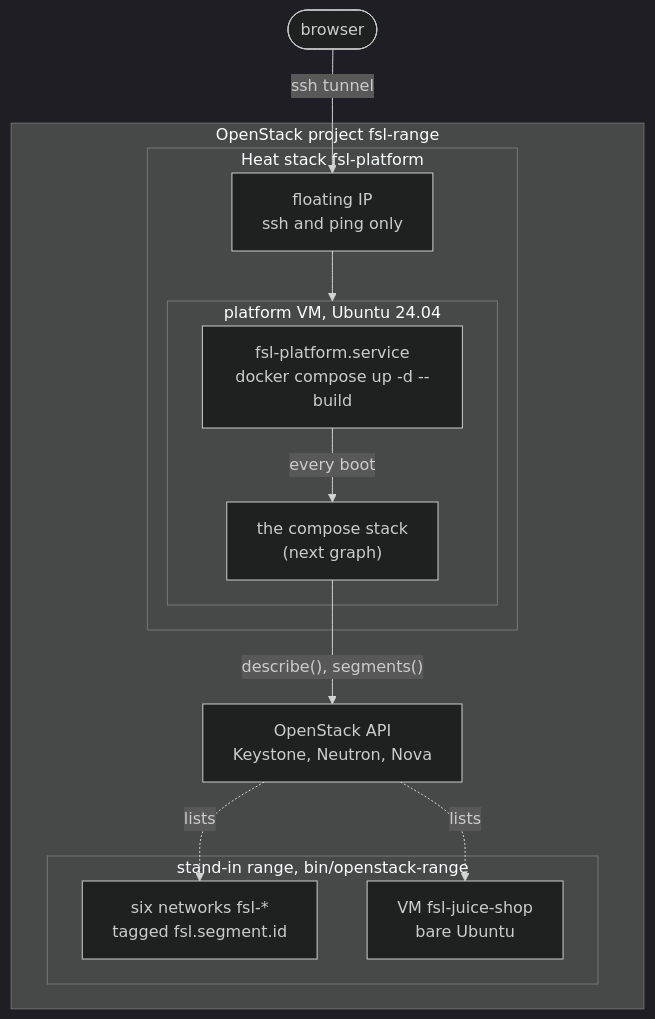
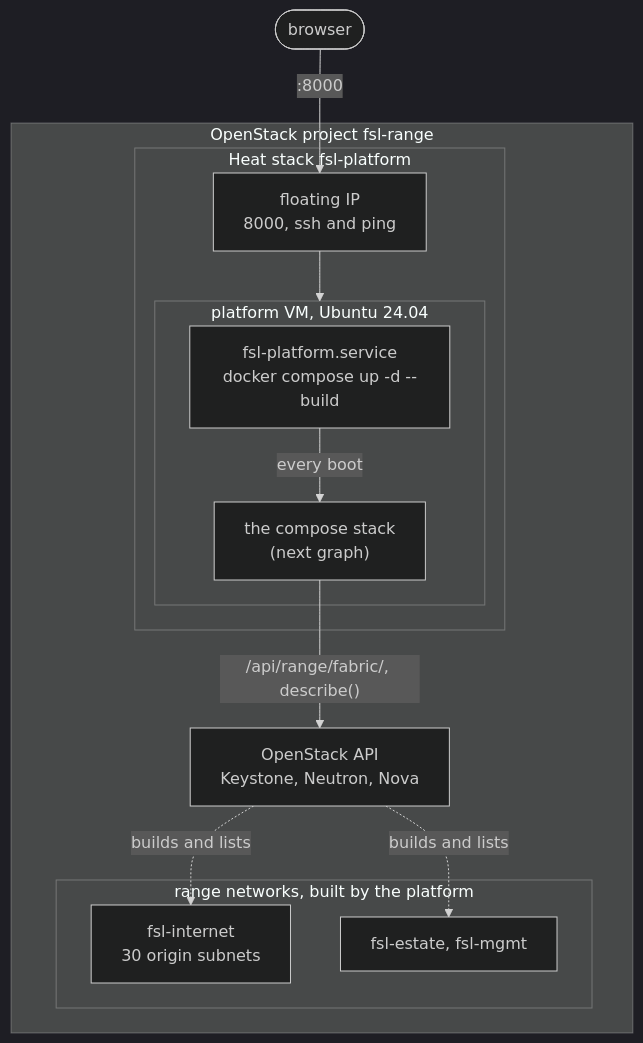
The first of 2 diagrams in README.md (Nekonic/fsl-project-mvp), drawn with Mermaid (dark theme) before and after one commit. The commit also changed other lines of this file and 10 other files, not shown here.

First line of the commit message:
feat: the platform VM opens at its floating IP and builds the range on the cloud

````diff
--- a/README.md
+++ b/README.md
@@ -23,26 +23,26 @@
 ```mermaid
 flowchart TB
   person(["browser"])
 
   subgraph cloud["OpenStack project fsl-range"]
     api["OpenStack API<br/>Keystone, Neutron, Nova"]
     subgraph heat["Heat stack fsl-platform"]
-      fip["floating IP<br/>ssh and ping only"]
+      fip["floating IP<br/>8000, ssh and ping"]
       subgraph vm["platform VM, Ubuntu 24.04"]
         unit["fsl-platform.service<br/>docker compose up -d --build"]
         stack["the compose stack<br/>(next graph)"]
       end
     end
-    subgraph standin["stand-in range, bin/openstack-range"]
-      nets["six networks fsl-*<br/>tagged fsl.segment.id"]
-      target["VM fsl-juice-shop<br/>bare Ubuntu"]
+    subgraph fabric_box["range networks, built by the platform"]
+      internet["fsl-internet<br/>30 origin subnets"]
+      inside["fsl-estate, fsl-mgmt"]
     end
   end
 
-  person -->|"ssh tunnel"| fip
+  person -->|":8000"| fip
   fip --> vm
   unit -->|"every boot"| stack
-  stack -->|"describe(), segments()"| api
-  api -.->|lists| nets
-  api -.->|lists| target
+  stack -->|"/api/range/fabric/, describe()"| api
+  api -.->|builds and lists| internet
+  api -.->|builds and lists| inside
 ```
````
